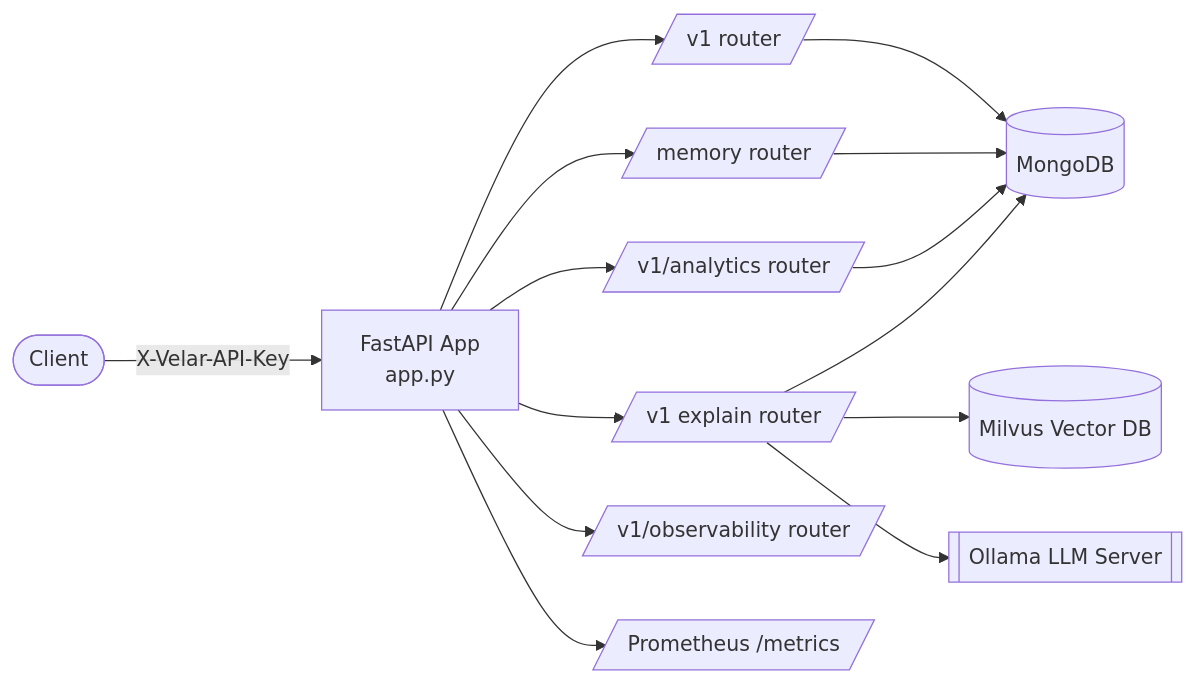
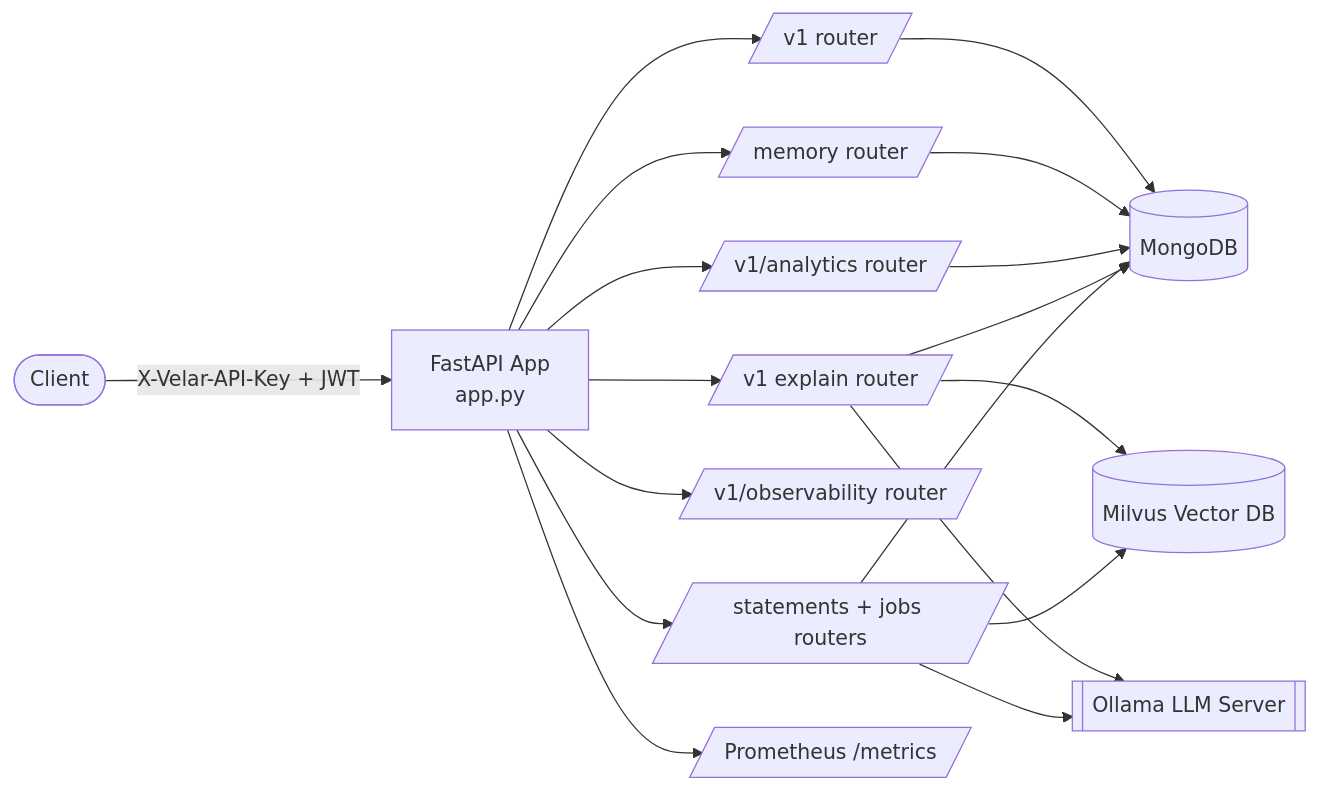
The diagram in docs/README.md (lokeshramchand-ctrl/velar-backend), drawn with Mermaid before and after one commit. The commit also changed other lines of this file and 32 other files, not shown here.

````diff
--- a/docs/README.md
+++ b/docs/README.md
@@ -46,16 +47,20 @@
 ```mermaid
 flowchart LR
-    Client([Client]) -->|X-Velar-API-Key| API[FastAPI App<br/>app.py]
+    Client([Client]) -->|X-Velar-API-Key + JWT| API[FastAPI App<br/>app.py]
     API --> V1[/v1 router/]
     API --> MEM[/memory router/]
     API --> ANA[/v1/analytics router/]
     API --> RAG[/v1 explain router/]
     API --> OBS[/v1/observability router/]
+    API --> STMT[/statements + jobs routers/]
     V1 --> Mongo[(MongoDB)]
     MEM --> Mongo
     ANA --> Mongo
     RAG --> Mongo
     RAG --> Milvus[(Milvus Vector DB)]
     RAG --> Ollama[[Ollama LLM Server]]
+    STMT --> Mongo
+    STMT --> Milvus
+    STMT --> Ollama
     API --> Prom[/Prometheus /metrics/]
 ```
````
